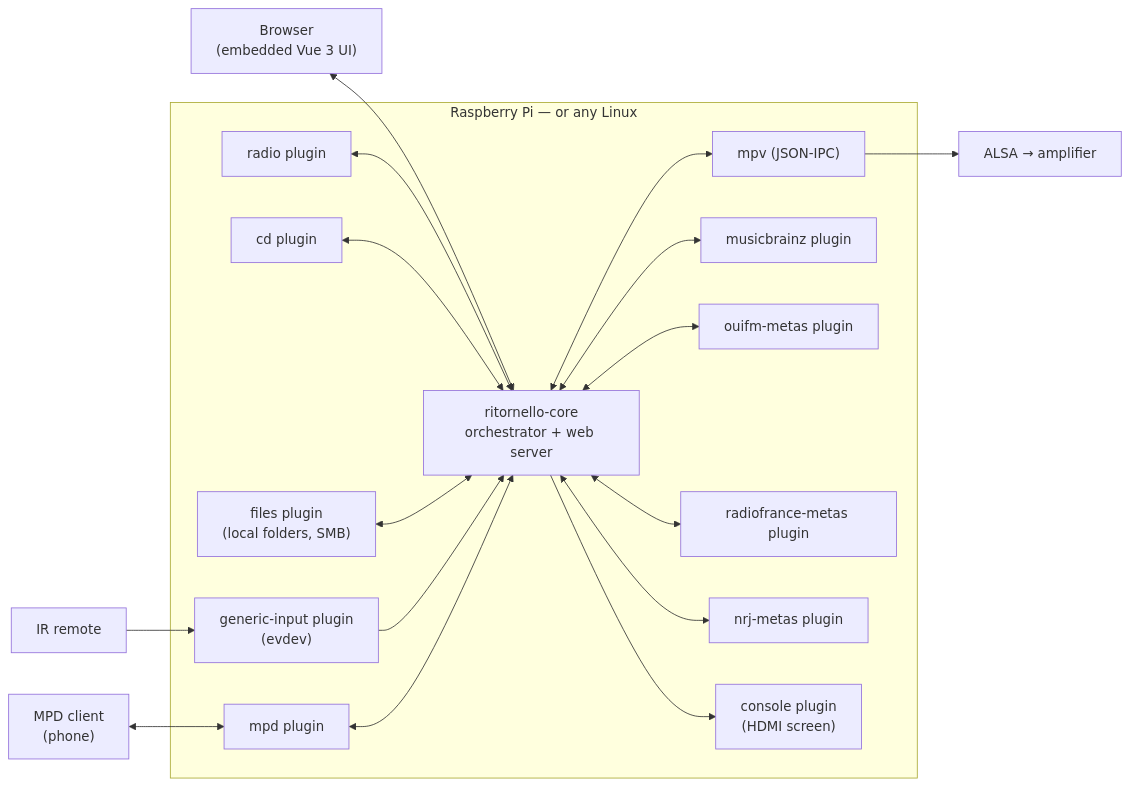
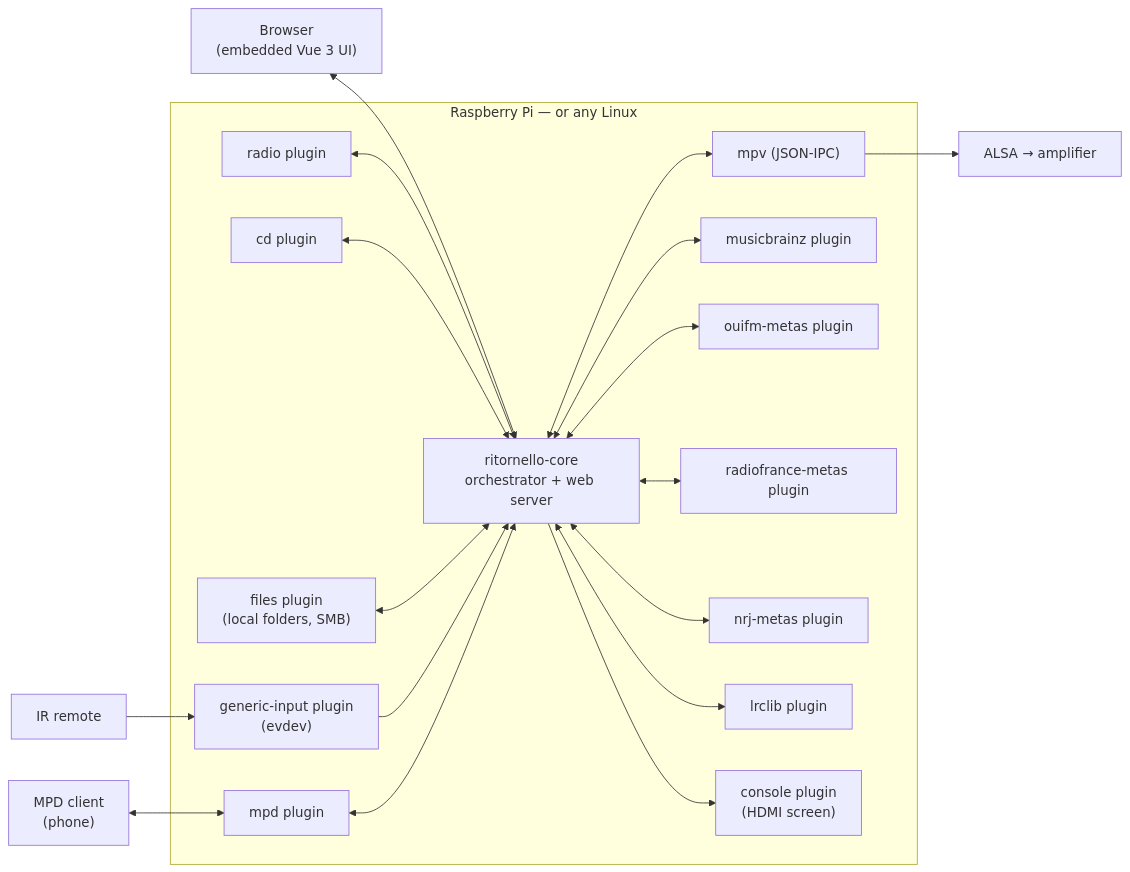
One commit to skerdudou/ritornello changed the diagram in README.md. Above: the diagram before and after it, drawn with Mermaid. The commit also changed other lines of this file and 108 other files, not shown here.

````diff
--- a/README.md
+++ b/README.md
@@ -121,22 +127,23 @@
 ```mermaid
 flowchart LR
     ir["IR remote"] --> input
     browser["Browser<br/>(embedded Vue 3 UI)"] <--> core
     mpdclient["MPD client<br/>(phone)"] <--> mpd
     subgraph device["Raspberry Pi — or any Linux"]
         core["ritornello-core<br/>orchestrator + web server"]
         mpv["mpv (JSON-IPC)"]
         radio["radio plugin"] <--> core
         cd["cd plugin"] <--> core
         files["files plugin<br/>(local folders, SMB)"] <--> core
         core <--> mb["musicbrainz plugin"]
         core <--> ouifm["ouifm-metas plugin"]
         core <--> rf["radiofrance-metas plugin"]
         core <--> nrj["nrj-metas plugin"]
+        core <--> lrclib["lrclib plugin"]
         input["generic-input plugin<br/>(evdev)"] --> core
         core --> console["console plugin<br/>(HDMI screen)"]
         mpd["mpd plugin"] <--> core
         core <--> mpv
     end
     mpv --> hp["ALSA → amplifier"]
 ```
````
